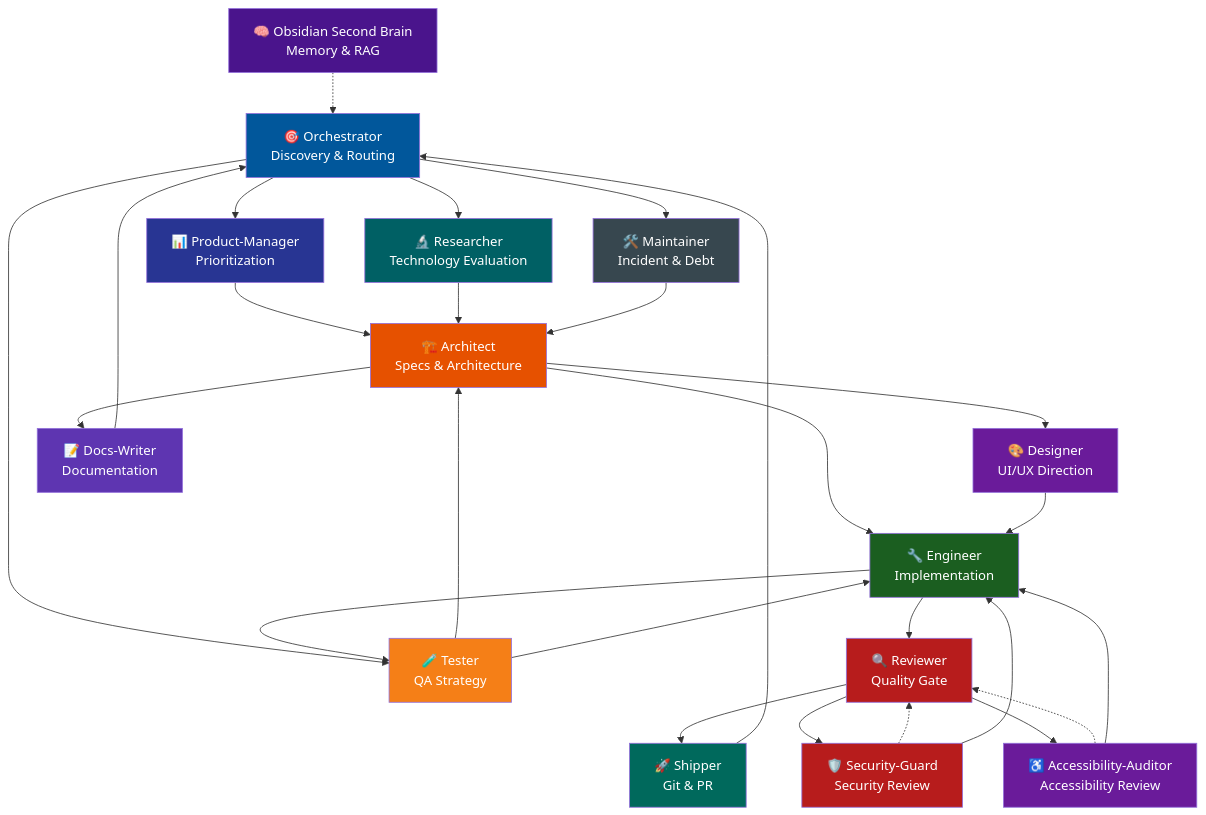
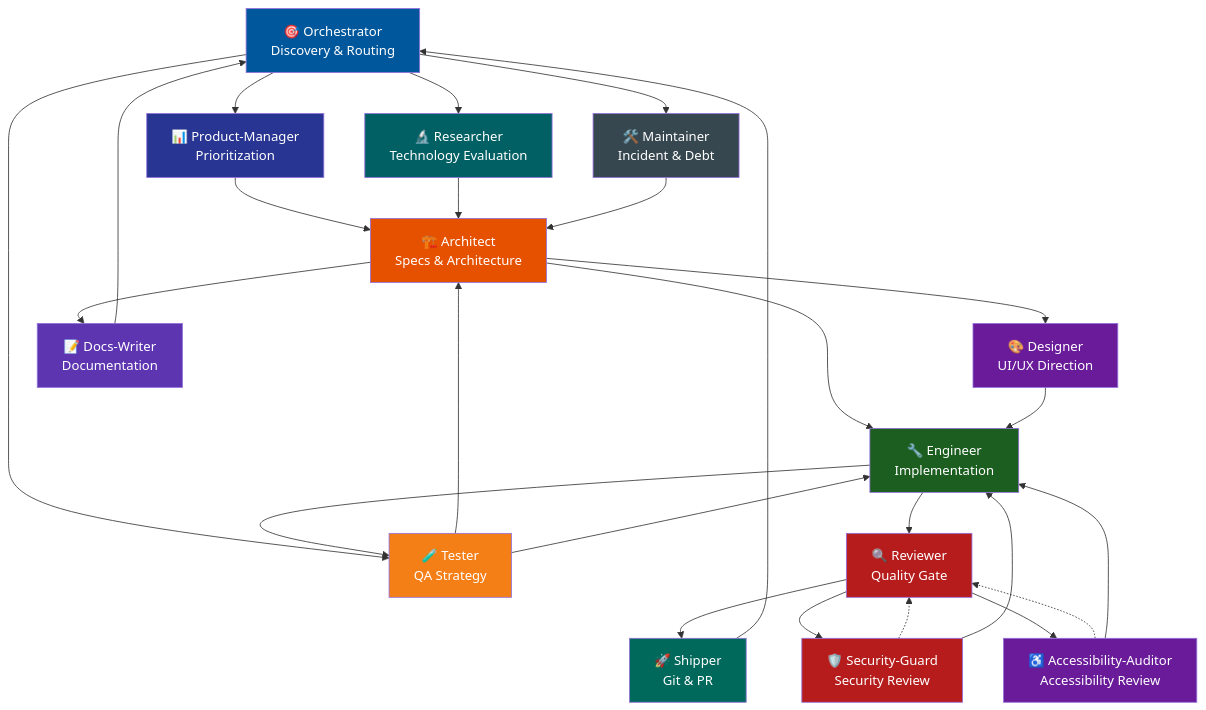
One commit to leorsousa05/CrewLoop changed the diagram in README.md. Above: the diagram before and after it, drawn with Mermaid. The commit also changed other lines of this file and 99 other files, not shown here.

First line of the commit message:
chore(obsidian): remove Obsidian second brain and MCP server (#47)

````diff
--- a/README.md
+++ b/README.md
@@ -77,44 +76,42 @@
 ```mermaid
 flowchart TD
     O["🎯 Orchestrator<br>Discovery & Routing"]
     O --> PM["📊 Product-Manager<br>Prioritization"]
     O --> RS["🔬 Researcher<br>Technology Evaluation"]
     O --> MN["🛠️ Maintainer<br>Incident & Debt"]
     O --> T["🧪 Tester<br>QA Strategy"]
     PM --> A
     RS --> A
     MN --> A
     T --> A
     A["🏗️ Architect<br>Specs & Architecture"] --> D["🎨 Designer<br>UI/UX Direction"]
     A --> E["🔧 Engineer<br>Implementation"]
     A --> W["📝 Docs-Writer<br>Documentation"]
     D --> E
     E --> T
     T --> E
     E --> R["🔍 Reviewer<br>Quality Gate"]
     R --> S["🚀 Shipper<br>Git & PR"]
     S --> O
     W --> O
-    OB["🧠 Obsidian Second Brain<br>Memory & RAG"] -.-> O
     SG["🛡️ Security-Guard<br>Security Review"] -.-> R
     AA["♿ Accessibility-Auditor<br>Accessibility Review"] -.-> R
     R --> SG
     R --> AA
     SG --> E
     AA --> E
 
     style O fill:#01579b,color:#fff
     style A fill:#e65100,color:#fff
     style D fill:#6a1b9a,color:#fff
     style E fill:#1b5e20,color:#fff
     style R fill:#b71c1c,color:#fff
     style S fill:#00695c,color:#fff
     style W fill:#5e35b1,color:#fff
     style T fill:#f57f17,color:#fff
     style PM fill:#283593,color:#fff
     style RS fill:#006064,color:#fff
     style MN fill:#37474f,color:#fff
-    style OB fill:#4a148c,color:#fff
     style SG fill:#b71c1c,color:#fff
     style AA fill:#6a1b9a,color:#fff
 ```
````
